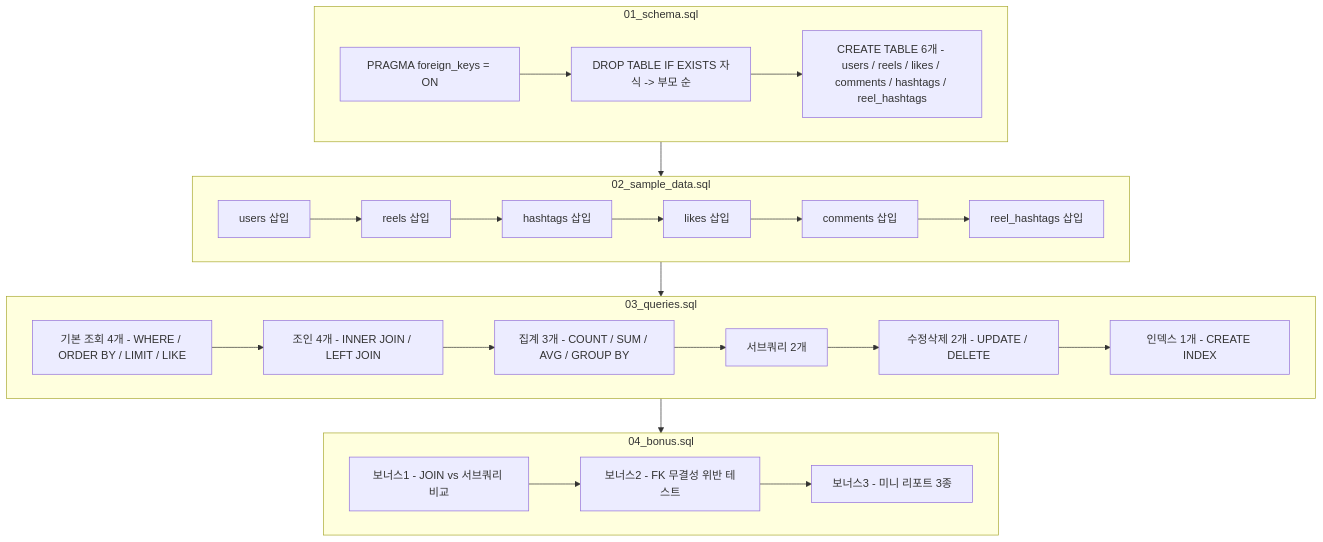
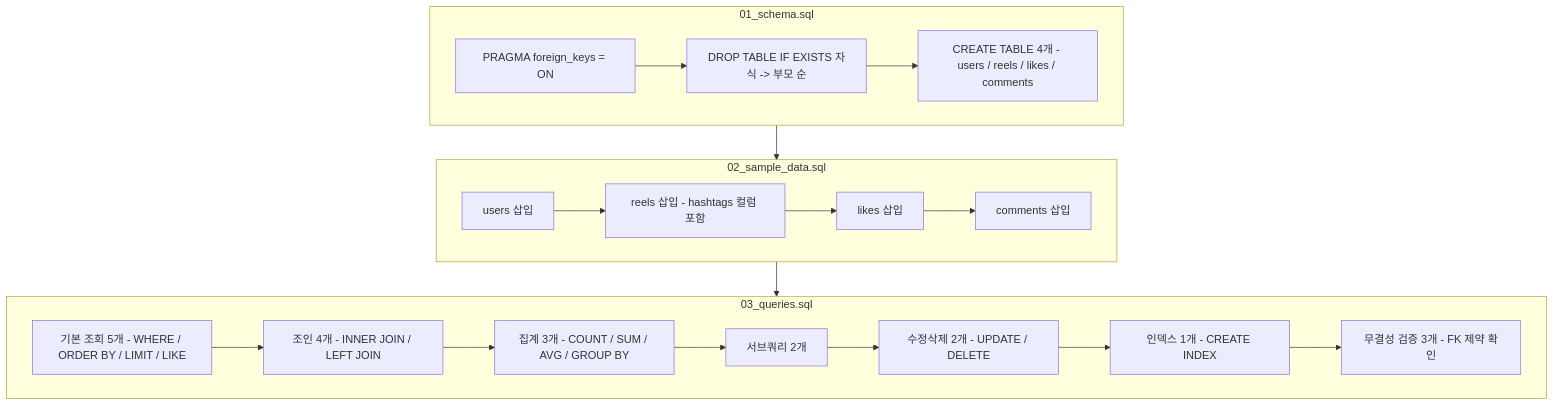
One commit to dubu-alt/B5-1 changed the diagram in README.md. Above: the diagram before and after it, drawn with Mermaid. The commit also changed other lines of this file and 2 other files, not shown here.

````diff
--- a/README.md
+++ b/README.md
@@ -47,38 +51,30 @@
 ```mermaid
 flowchart TD
     subgraph Step1["01_schema.sql"]
         S1[PRAGMA foreign_keys = ON]
         S2[DROP TABLE IF EXISTS 자식 -> 부모 순]
-        S3[CREATE TABLE 6개 - users / reels / likes / comments / hashtags / reel_hashtags]
+        S3[CREATE TABLE 4개 - users / reels / likes / comments]
         S1 --> S2 --> S3
     end
 
     subgraph Step2["02_sample_data.sql"]
         D1[users 삽입]
-        D2[reels 삽입]
-        D3[hashtags 삽입]
-        D4[likes 삽입]
-        D5[comments 삽입]
-        D6[reel_hashtags 삽입]
-        D1 --> D2 --> D3 --> D4 --> D5 --> D6
+        D2[reels 삽입 - hashtags 컬럼 포함]
+        D3[likes 삽입]
+        D4[comments 삽입]
+        D1 --> D2 --> D3 --> D4
     end
 
     subgraph Step3["03_queries.sql"]
-        Q1[기본 조회 4개 - WHERE / ORDER BY / LIMIT / LIKE]
+        Q1[기본 조회 5개 - WHERE / ORDER BY / LIMIT / LIKE]
         Q2[조인 4개 - INNER JOIN / LEFT JOIN]
         Q3[집계 3개 - COUNT / SUM / AVG / GROUP BY]
         Q4[서브쿼리 2개]
         Q5[수정삭제 2개 - UPDATE / DELETE]
         Q6[인덱스 1개 - CREATE INDEX]
-        Q1 --> Q2 --> Q3 --> Q4 --> Q5 --> Q6
+        Q7[무결성 검증 3개 - FK 제약 확인]
+        Q1 --> Q2 --> Q3 --> Q4 --> Q5 --> Q6 --> Q7
     end
 
-    subgraph Step4["04_bonus.sql"]
-        B1[보너스1 - JOIN vs 서브쿼리 비교]
-        B2[보너스2 - FK 무결성 위반 테스트]
-        B3[보너스3 - 미니 리포트 3종]
-        B1 --> B2 --> B3
-    end
-
-    Step1 --> Step2 --> Step3 --> Step4
+    Step1 --> Step2 --> Step3
 ```
````
